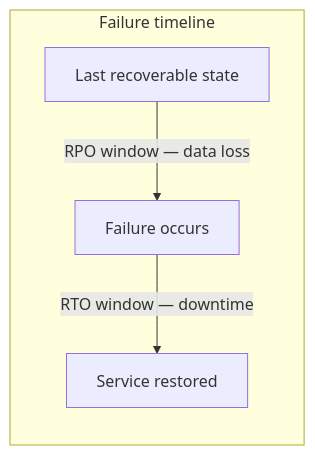
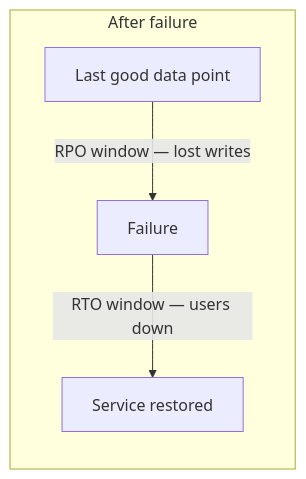
One commit to hareramcse/SystemDesign changed diagram 15 of 21 in 12-reliability-engineering/README.md. Above: the diagram before and after it, drawn with Mermaid. The commit also changed other lines of this file, not shown here.

````diff
--- a/12-reliability-engineering/README.md
+++ b/12-reliability-engineering/README.md
@@ -1107,7 +837,7 @@
 ```mermaid
 flowchart LR
-    subgraph timeline [Failure timeline]
-        LastGood[Last recoverable state] -->|RPO window — data loss| Failure[Failure occurs]
-        Failure -->|RTO window — downtime| Restored[Service restored]
+    subgraph timeline [After failure]
+        LastGood[Last good data point] -->|RPO window — lost writes| Failure[Failure]
+        Failure -->|RTO window — users down| Restored[Service restored]
     end
 ```
````
